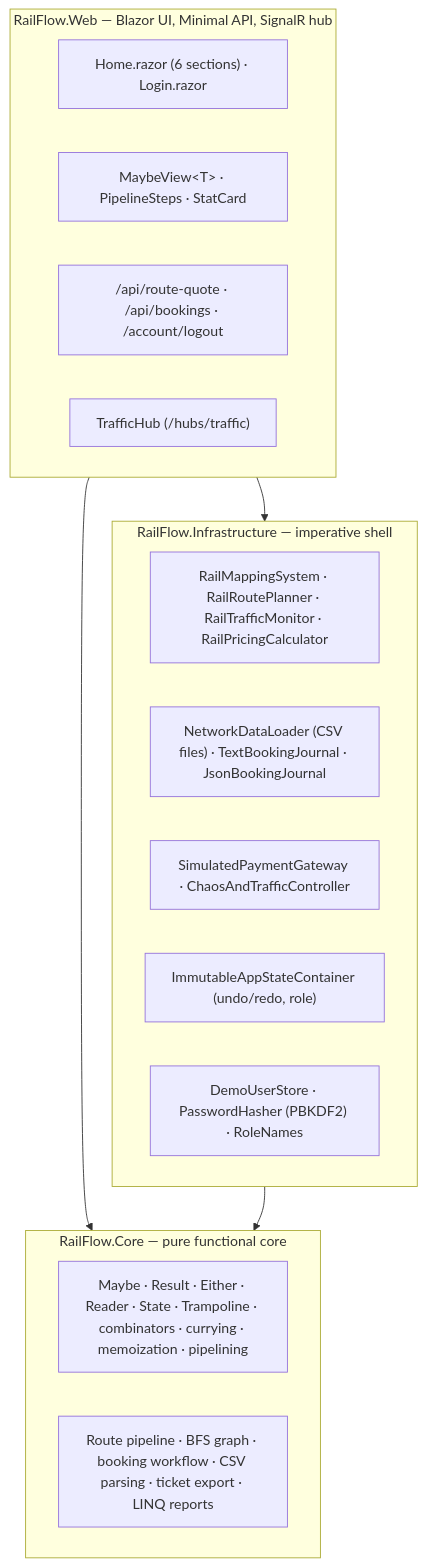
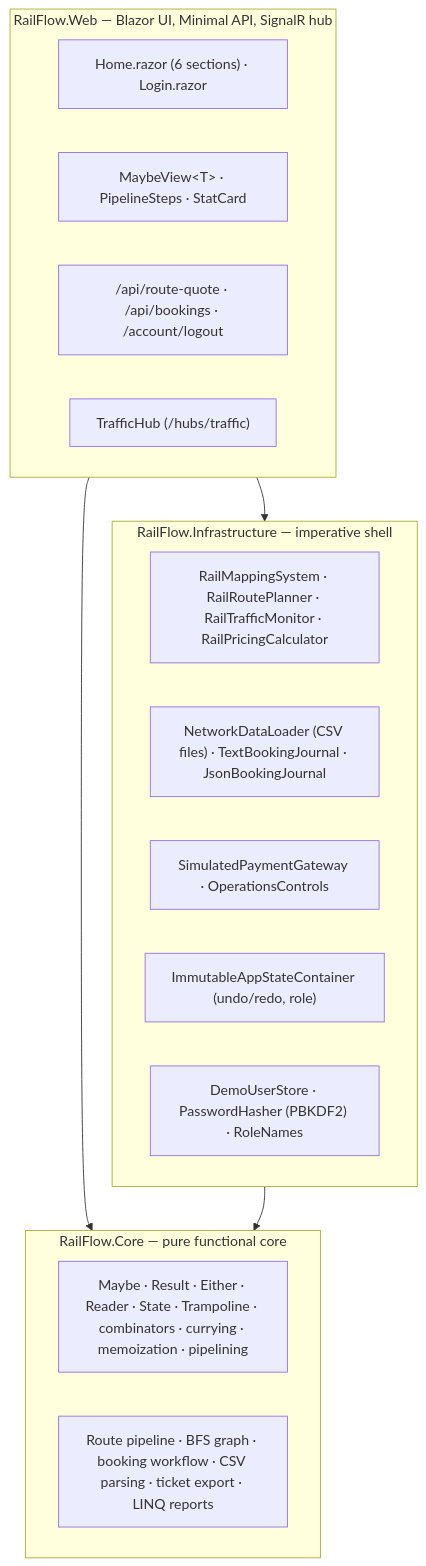
One commit to xnionn/RailFlowProject changed the first of 4 diagrams in README.md. Above: the diagram before and after it, drawn with Mermaid. The commit also changed other lines of this file and 57 other files, not shown here.

````diff
--- a/README.md
+++ b/README.md
@@ -116,26 +127,26 @@
 ```mermaid
 flowchart TB
     subgraph Web["RailFlow.Web — Blazor UI, Minimal API, SignalR hub"]
         Home["Home.razor (6 sections) · Login.razor"]
         Shared["MaybeView&lt;T&gt; · PipelineSteps · StatCard"]
         Api["/api/route-quote · /api/bookings · /account/logout"]
         Hub["TrafficHub (/hubs/traffic)"]
     end
 
     subgraph Infra["RailFlow.Infrastructure — imperative shell"]
         Services["RailMappingSystem · RailRoutePlanner · RailTrafficMonitor · RailPricingCalculator"]
         Storage["NetworkDataLoader (CSV files) · TextBookingJournal · JsonBookingJournal"]
-        Gateway["SimulatedPaymentGateway · ChaosAndTrafficController"]
+        Gateway["SimulatedPaymentGateway · OperationsControls"]
         State["ImmutableAppStateContainer (undo/redo, role)"]
         Security["DemoUserStore · PasswordHasher (PBKDF2) · RoleNames"]
     end
 
     subgraph Core["RailFlow.Core — pure functional core"]
         Functional["Maybe · Result · Either · Reader · State · Trampoline · combinators · currying · memoization · pipelining"]
         Domain["Route pipeline · BFS graph · booking workflow · CSV parsing · ticket export · LINQ reports"]
     end
 
     Web --> Infra
     Web --> Core
     Infra --> Core
 ```
````
